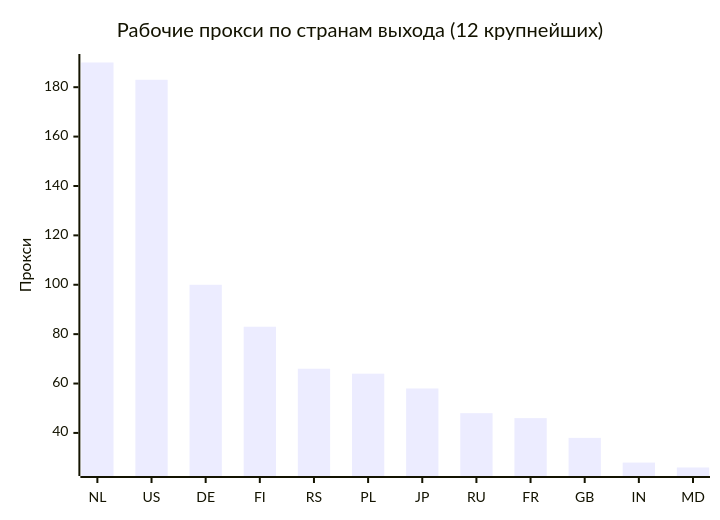
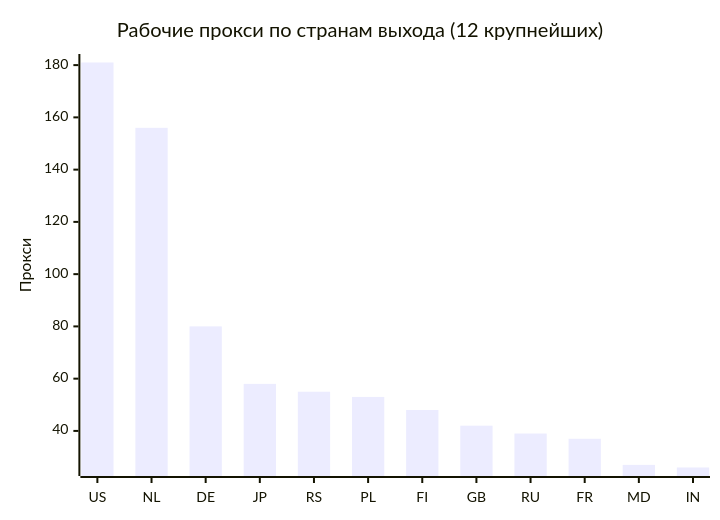
The second of 4 diagrams in README.md (rvvg/proxy-subs), drawn with Mermaid before and after one commit. The commit also changed other lines of this file and 52 other files, not shown here.

````diff
--- a/README.md
+++ b/README.md
@@ -130,7 +132,7 @@
 ```mermaid
 xychart-beta
     title "Рабочие прокси по странам выхода (12 крупнейших)"
-    x-axis ["NL", "US", "DE", "FI", "RS", "PL", "JP", "RU", "FR", "GB", "IN", "MD"]
+    x-axis ["US", "NL", "DE", "JP", "RS", "PL", "FI", "GB", "RU", "FR", "MD", "IN"]
     y-axis "Прокси"
-    bar [190, 183, 100, 83, 66, 64, 58, 48, 46, 38, 28, 26]
+    bar [181, 156, 80, 58, 55, 53, 48, 42, 39, 37, 27, 26]
 ```
````
